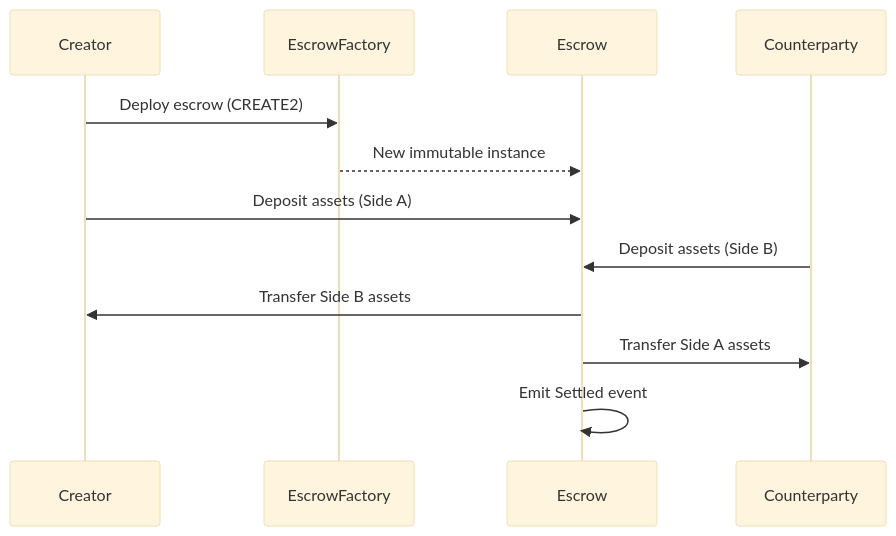
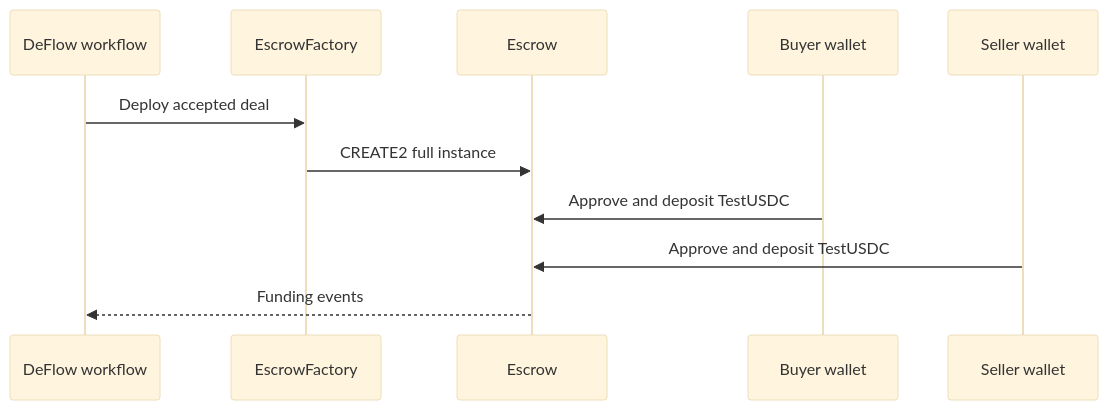
Before and after one commit to deflowlabs/docs: the diagram in content/2.user-guide/1.trading/3.escrow-and-funding.md, drawn with Mermaid (base theme). The commit also changed other lines of this file and 58 other files, not shown here.

````diff
--- a/content/2.user-guide/1.trading/3.escrow-and-funding.md
+++ b/content/2.user-guide/1.trading/3.escrow-and-funding.md
@@ -8,15 +17,13 @@
-```mermaid
+```mermaid [Escrow deployment and funding]
 sequenceDiagram
-  participant Creator
-  participant EscrowFactory
-  participant Escrow
-  participant Counterparty
-
-  Creator->>EscrowFactory: Deploy escrow (CREATE2)
-  EscrowFactory-->>Escrow: New immutable instance
-  Creator->>Escrow: Deposit assets (Side A)
-  Counterparty->>Escrow: Deposit assets (Side B)
-  Escrow->>Creator: Transfer Side B assets
-  Escrow->>Counterparty: Transfer Side A assets
-  Escrow->>Escrow: Emit Settled event
+  participant D as DeFlow workflow
+  participant F as EscrowFactory
+  participant E as Escrow
+  participant B as Buyer wallet
+  participant S as Seller wallet
+  D->>F: Deploy accepted deal
+  F->>E: CREATE2 full instance
+  B->>E: Approve and deposit TestUSDC
+  S->>E: Approve and deposit TestUSDC
+  E-->>D: Funding events
 ```
````
